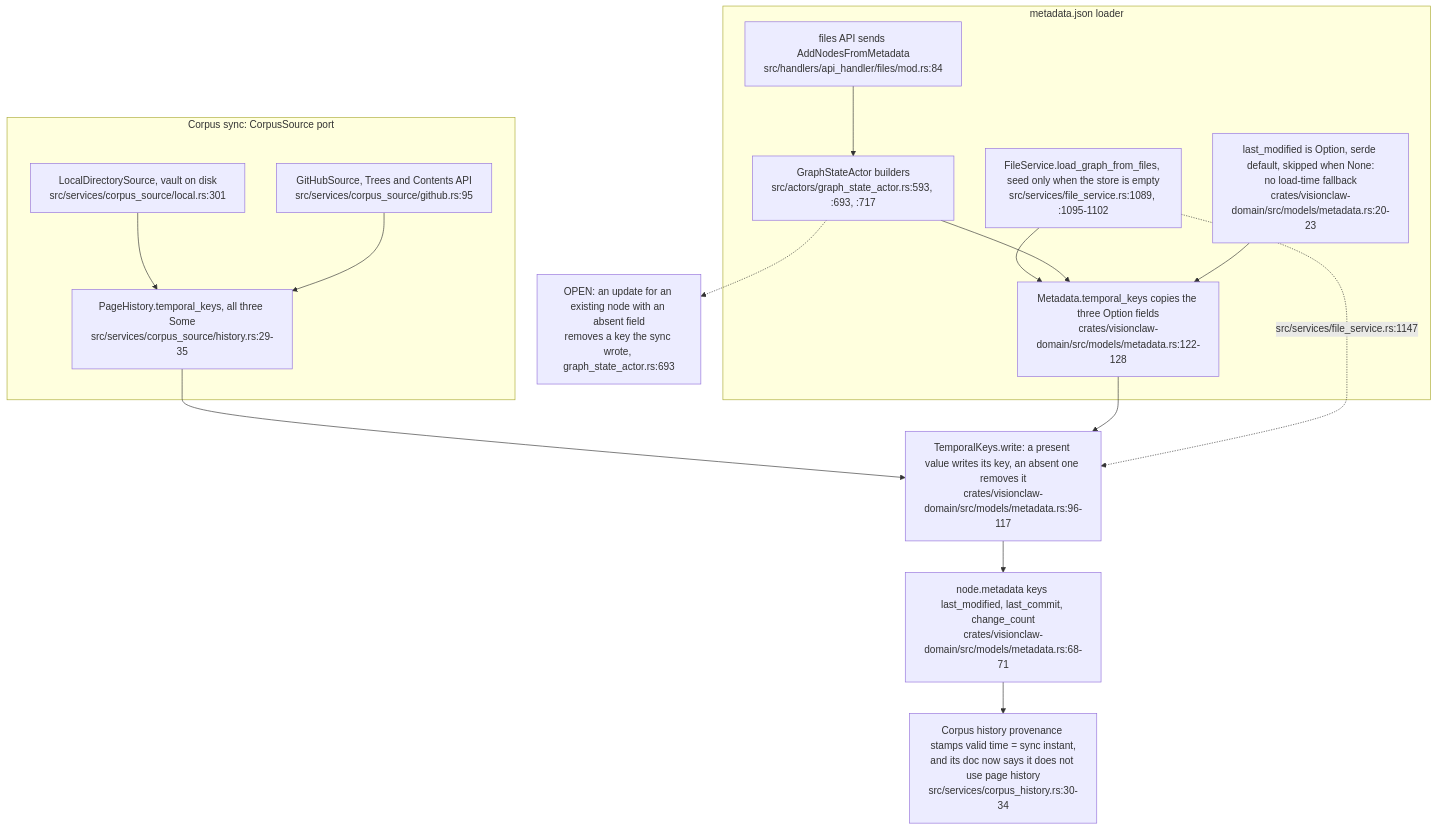
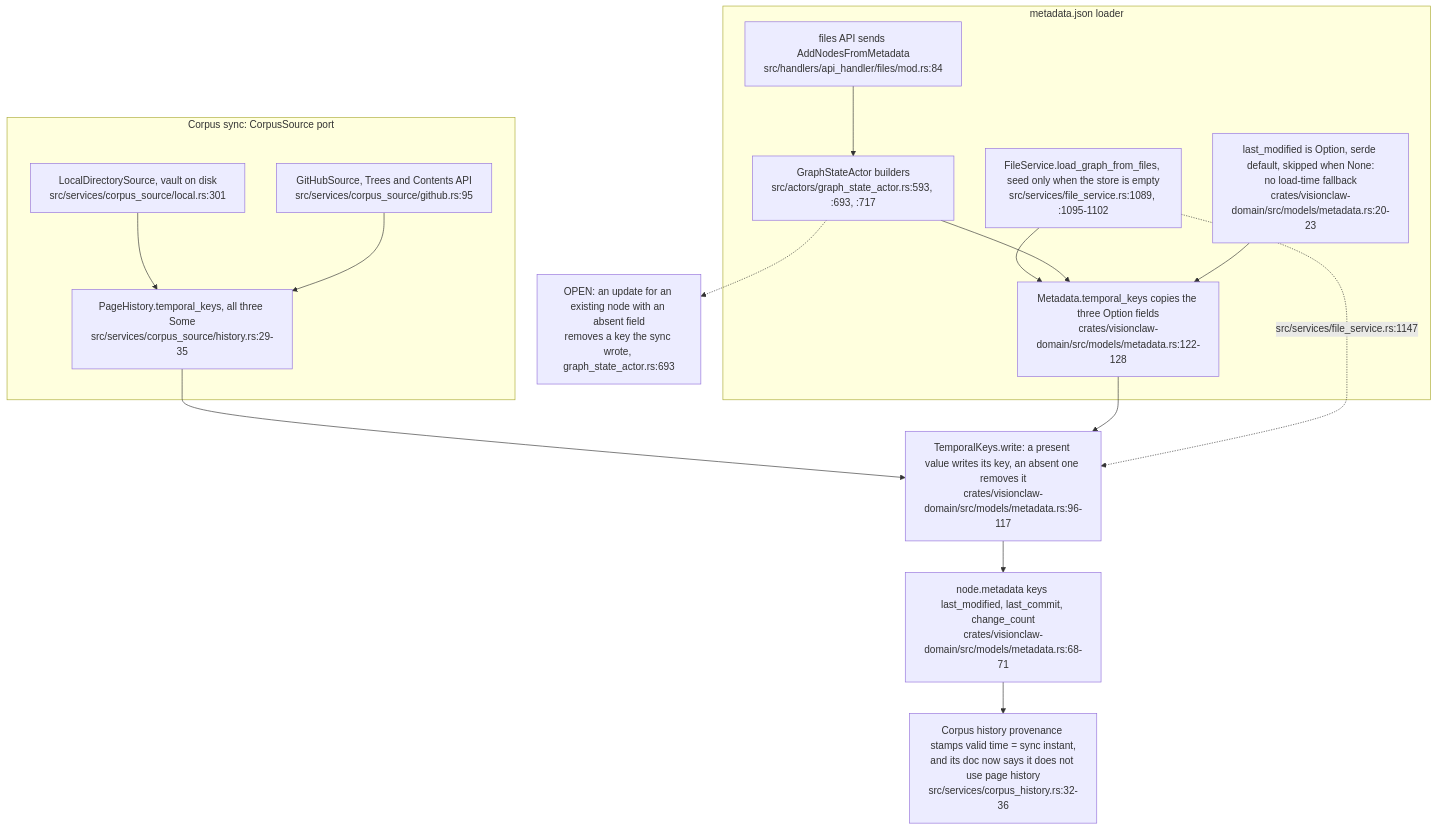
The seventh of 7 diagrams in docs/diagrams/visionclaw/21-corpus-ingest-and-vault.md (DreamLab-AI/VisionFlow), drawn with Mermaid before and after one commit. The commit also changed other lines of this file and 154 other files, not shown here.

First line of the commit message:
docs(diagrams): re-stamp 154 topics whose every citation still reads the same text at the current heads

````diff
--- a/docs/diagrams/visionclaw/21-corpus-ingest-and-vault.md
+++ b/docs/diagrams/visionclaw/21-corpus-ingest-and-vault.md
@@ -309,23 +309,23 @@
 ```mermaid
 flowchart TB
     subgraph CS["Corpus sync: CorpusSource port"]
         LOC["LocalDirectorySource, vault on disk<br/>src/services/corpus_source/local.rs:301"]
         GHS["GitHubSource, Trees and Contents API<br/>src/services/corpus_source/github.rs:95"]
         LOC --> PH["PageHistory.temporal_keys, all three Some<br/>src/services/corpus_source/history.rs:29-35"]
         GHS --> PH
     end
     subgraph MJ["metadata.json loader"]
         SEED["FileService.load_graph_from_files, seed only when the store is empty<br/>src/services/file_service.rs:1089, :1095-1102"]
         API["files API sends AddNodesFromMetadata<br/>src/handlers/api_handler/files/mod.rs:84"]
         API --> ACT["GraphStateActor builders<br/>src/actors/graph_state_actor.rs:593, :693, :717"]
         SEED --> MK["Metadata.temporal_keys copies the three Option fields<br/>crates/visionclaw-domain/src/models/metadata.rs:122-128"]
         ACT --> MK
         OPT["last_modified is Option, serde default, skipped when None:<br/>no load-time fallback<br/>crates/visionclaw-domain/src/models/metadata.rs:20-23"] --> MK
     end
     PH --> TW["TemporalKeys.write: a present value writes its key, an absent one removes it<br/>crates/visionclaw-domain/src/models/metadata.rs:96-117"]
     MK --> TW
     SEED -.->|"src/services/file_service.rs:1147"| TW
     TW --> NODE["node.metadata keys last_modified, last_commit, change_count<br/>crates/visionclaw-domain/src/models/metadata.rs:68-71"]
-    NODE --> PROV["Corpus history provenance stamps valid time = sync instant,<br/>and its doc now says it does not use page history<br/>src/services/corpus_history.rs:30-34"]
+    NODE --> PROV["Corpus history provenance stamps valid time = sync instant,<br/>and its doc now says it does not use page history<br/>src/services/corpus_history.rs:32-36"]
     ACT -.-> OPEN["OPEN: an update for an existing node with an absent field<br/>removes a key the sync wrote, graph_state_actor.rs:693"]
 ```
````
